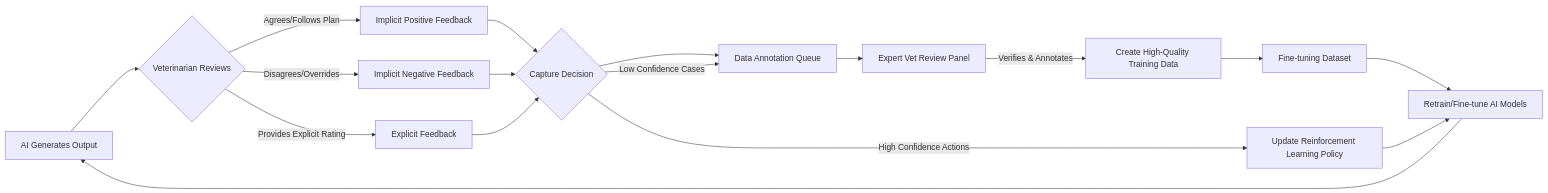
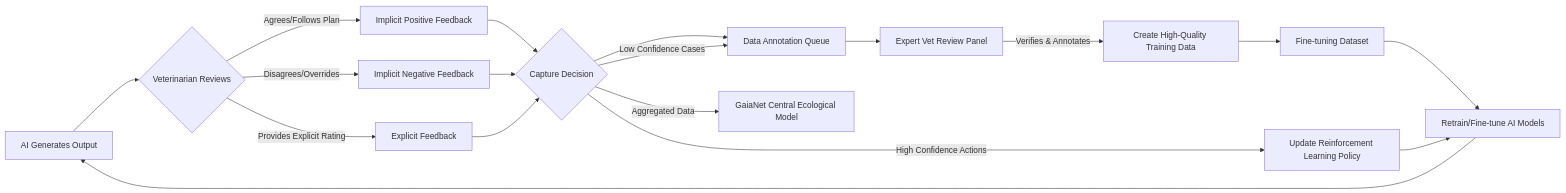
Before and after one commit to diplomat-bit/Citibank_Demo_Business_Inc_Demonstration-: the sixth of 13 diagrams in inventions/128_ai_veterinary_diagnostic_assistant.md, drawn with Mermaid. The commit also changed other lines of this file, not shown here.

````diff
--- a/inventions/128_ai_veterinary_diagnostic_assistant.md
+++ b/inventions/128_ai_veterinary_diagnostic_assistant.md
@@ -266,19 +493,20 @@
 ```mermaid
 flowchart LR
     A[AI Generates Output] --> B{Veterinarian Reviews};
     B -- Agrees/Follows Plan --> C[Implicit Positive Feedback];
     B -- Disagrees/Overrides --> D[Implicit Negative Feedback];
     B -- Provides Explicit Rating --> E[Explicit Feedback];
     C --> F{Capture Decision};
     D --> F;
     E --> F;
     F --> G[Data Annotation Queue];
     G --> H[Expert Vet Review Panel];
     H -- Verifies & Annotates --> I[Create High-Quality Training Data];
     I --> J[Fine-tuning Dataset];
     J --> K[Retrain/Fine-tune AI Models];
     K --> A;
     F -- Low Confidence Cases --> G;
     F -- High Confidence Actions --> L[Update Reinforcement Learning Policy];
     L --> K;
+    F -- Aggregated Data --> M[GaiaNet Central Ecological Model];
 ```
````
